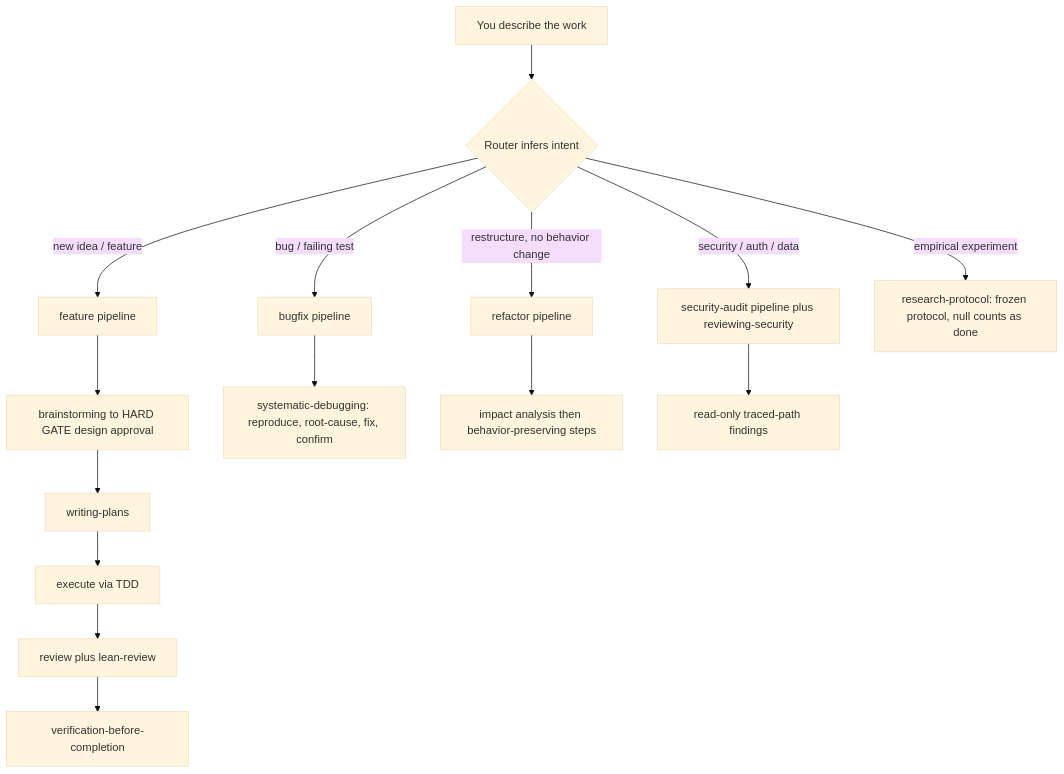
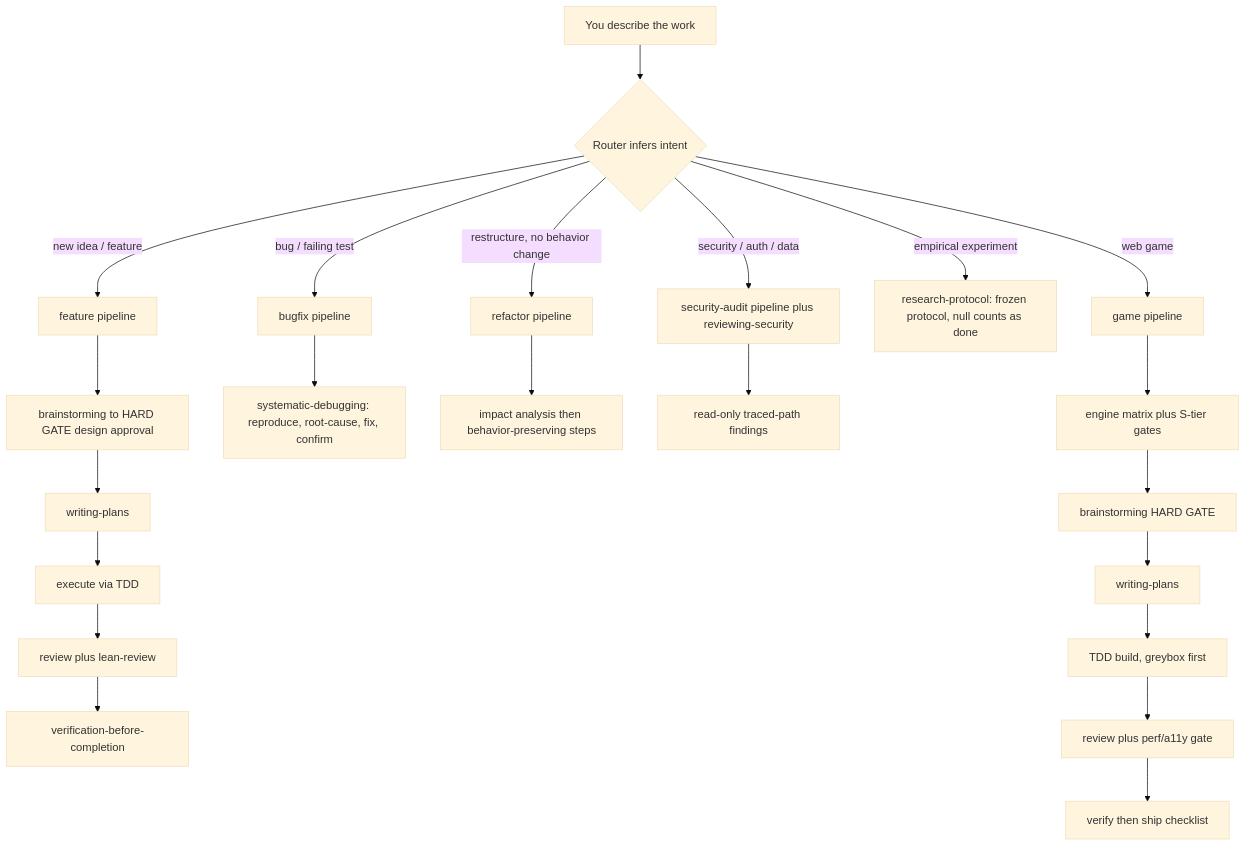
One commit to garikipatisai-code/sdlc-lean changed the diagram in README.md. Above: the diagram before and after it, drawn with Mermaid (base theme). The commit also changed other lines of this file and 2 other files, not shown here.

First line of the commit message:
docs: sync README, USAGE, and CHANGELOG with web-game capability

````diff
--- a/README.md
+++ b/README.md
@@ -10,13 +10,15 @@
 ```mermaid
 flowchart TD
     U[You describe the work] --> R{Router infers intent}
     R -->|new idea / feature| F[feature pipeline]
     R -->|bug / failing test| B[bugfix pipeline]
     R -->|restructure, no behavior change| RF[refactor pipeline]
     R -->|security / auth / data| S[security-audit pipeline plus reviewing-security]
     R -->|empirical experiment| RS[research-protocol: frozen protocol, null counts as done]
+    R -->|web game| G[game pipeline]
     F --> FB[brainstorming to HARD GATE design approval] --> FP[writing-plans] --> FI[execute via TDD] --> FR[review plus lean-review] --> FV[verification-before-completion]
     B --> BR[systematic-debugging: reproduce, root-cause, fix, confirm]
     RF --> RI[impact analysis then behavior-preserving steps]
     S --> SR[read-only traced-path findings]
+    G --> GB[engine matrix plus S-tier gates] --> GD[brainstorming HARD GATE] --> GP[writing-plans] --> GI[TDD build, greybox first] --> GR[review plus perf/a11y gate] --> GV[verify then ship checklist]
 ```
````
